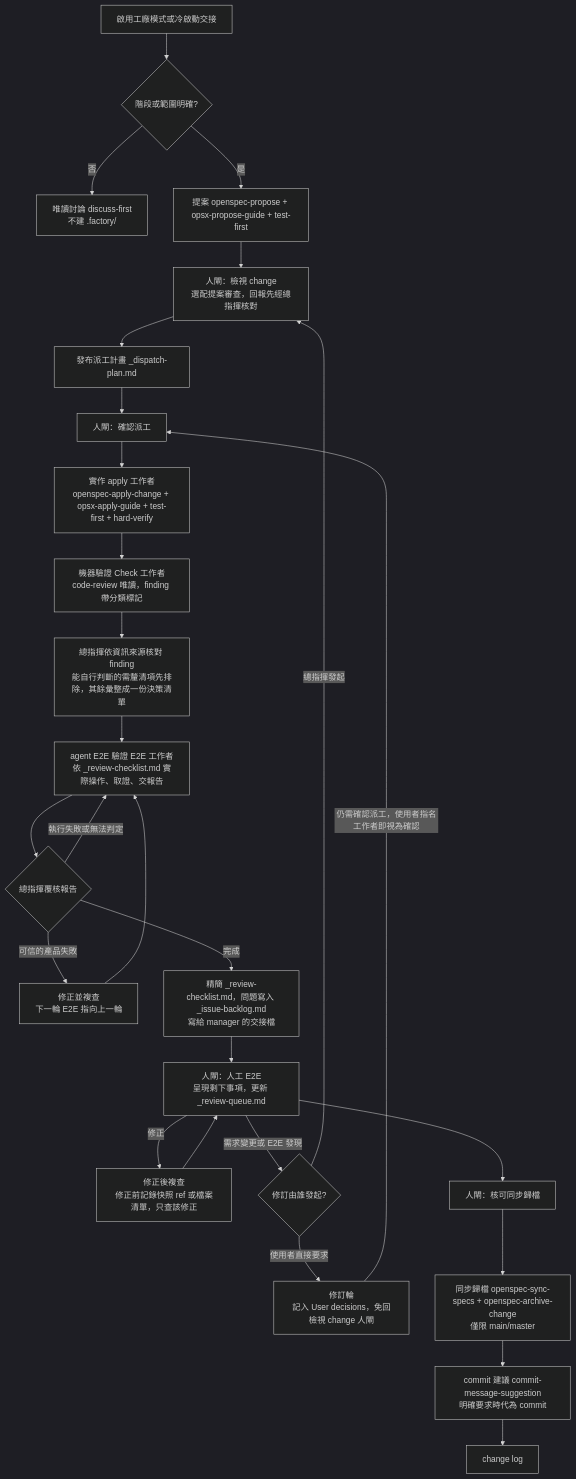
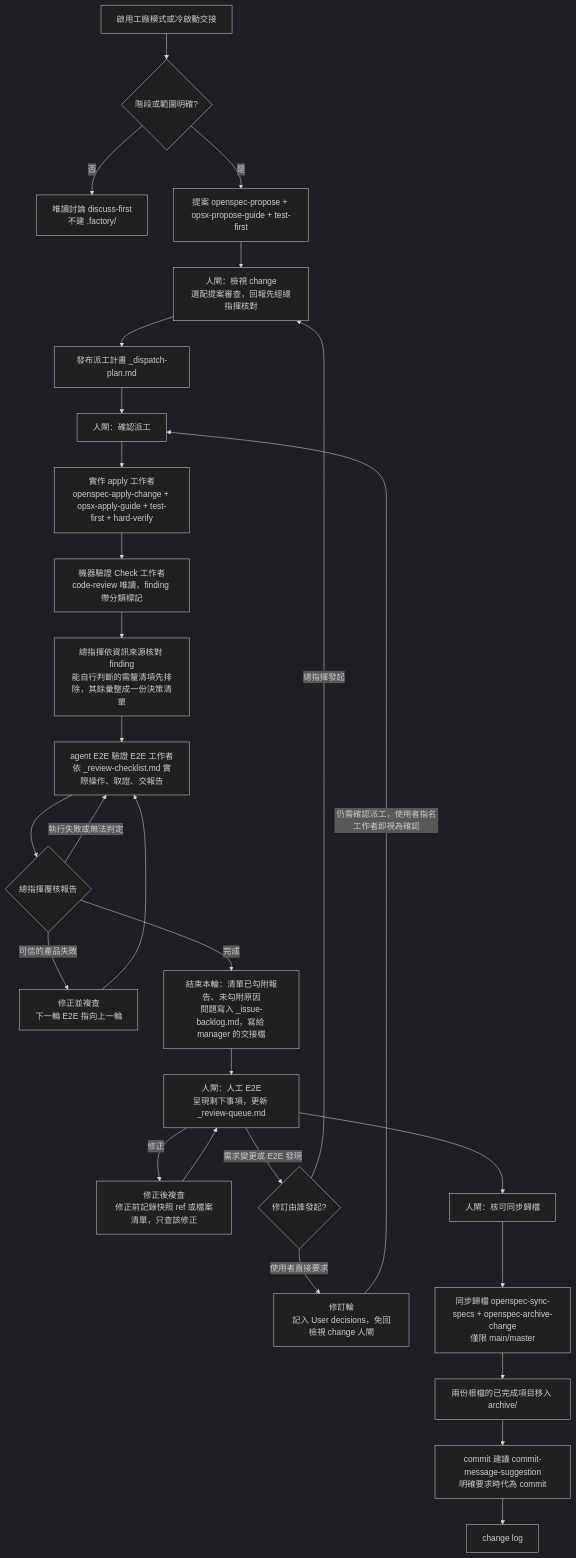
One commit to nekojuice/.agents changed the first of 3 diagrams in orchestrator-factory-readme.md. Above: the diagram before and after it, drawn with Mermaid (dark theme). The commit also changed other lines of this file and 36 other files, not shown here.

````diff
--- a/orchestrator-factory-readme.md
+++ b/orchestrator-factory-readme.md
@@ -88,29 +89,30 @@
 ```mermaid
 flowchart TD
   A[啟用工廠模式或冷啟動交接] --> B{階段或範圍明確?}
   B -- 否 --> D[唯讀討論 discuss-first<br/>不建 .factory/]
   B -- 是 --> P[提案 openspec-propose + opsx-propose-guide + test-first]
   P --> G1[人閘：檢視 change<br/>選配提案審查，回報先經總指揮核對]
   G1 --> DP[發布派工計畫 _dispatch-plan.md]
   DP --> G2[人閘：確認派工]
   G2 --> AP[實作 apply 工作者<br/>openspec-apply-change + opsx-apply-guide + test-first + hard-verify]
   AP --> CK[機器驗證 Check 工作者<br/>code-review 唯讀，finding 帶分類標記]
   CK --> VC[總指揮依資訊來源核對 finding<br/>能自行判斷的需釐清項先排除，其餘彙整成一份決策清單]
   VC --> EE[agent E2E 驗證 E2E 工作者<br/>依 _review-checklist.md 實際操作、取證、交報告]
   EE --> EV{總指揮覆核報告}
   EV -- 可信的產品失敗 --> FX[修正並複查<br/>下一輪 E2E 指向上一輪]
   FX --> EE
   EV -- 執行失敗或無法判定 --> EE
-  EV -- 完成 --> HO[精簡 _review-checklist.md，問題寫入 _issue-backlog.md<br/>寫給 manager 的交接檔]
+  EV -- 完成 --> HO[結束本輪：清單已勾附報告、未勾附原因<br/>問題寫入 _issue-backlog.md，寫給 manager 的交接檔]
   HO --> G3[人閘：人工 E2E<br/>呈現剩下事項，更新 _review-queue.md]
   G3 -- 修正 --> RC[修正後複查<br/>修正前記錄快照 ref 或檔案清單，只查該修正]
   RC --> G3
   G3 -- 需求變更或 E2E 發現 --> AR{修訂由誰發起?}
   AR -- 使用者直接要求 --> AU[修訂輪<br/>記入 User decisions，免回檢視 change 人閘]
   AU -- 仍需確認派工，使用者指名工作者即視為確認 --> G2
   AR -- 總指揮發起 --> G1
   G3 --> G4[人閘：核可同步歸檔]
   G4 --> SY[同步歸檔 openspec-sync-specs + openspec-archive-change<br/>僅限 main/master]
-  SY --> CM[commit 建議 commit-message-suggestion<br/>明確要求時代為 commit]
+  SY --> AA[兩份根檔的已完成項目移入 archive/]
+  AA --> CM[commit 建議 commit-message-suggestion<br/>明確要求時代為 commit]
   CM --> CL[change log]
 ```
````
